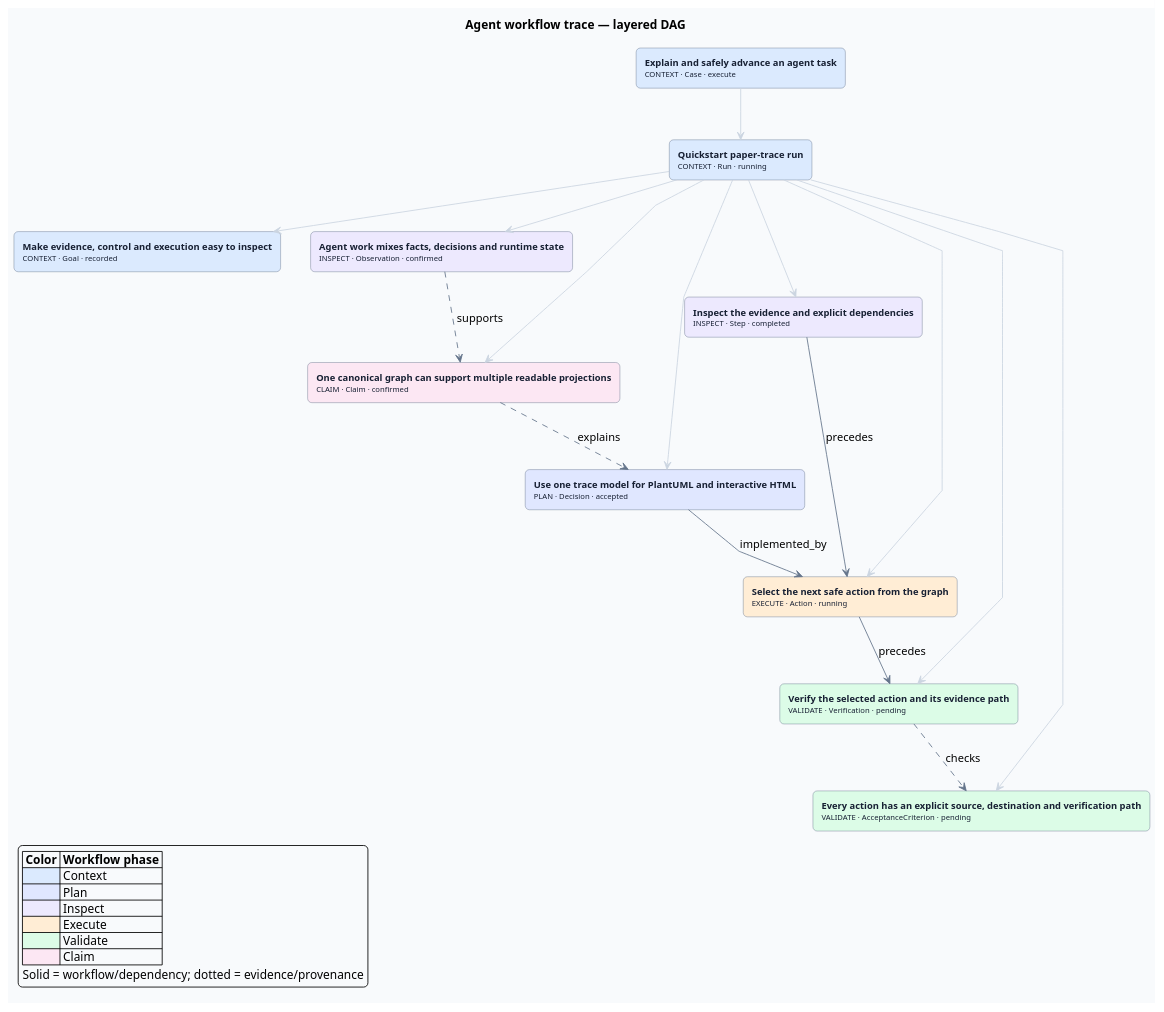
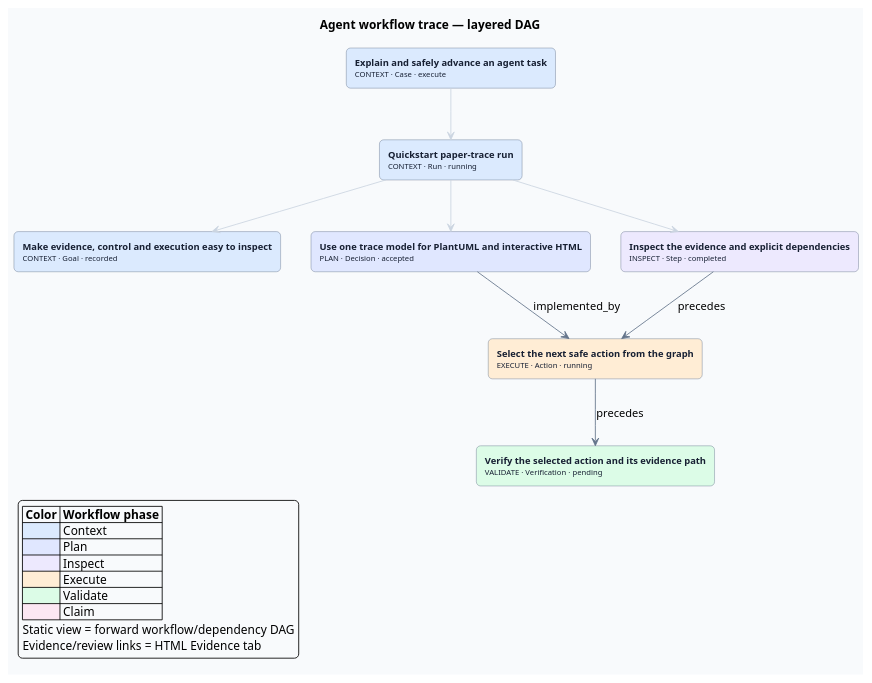
Before and after one commit to znbsf/agent-case-graph: the diagram in examples/paper-trace/quickstart.puml, drawn with PlantUML. The commit also changed 5 other files, not shown here.

Commit message:
Fix workflow DAG branch layout

```diff
--- a/examples/paper-trace/quickstart.puml
+++ b/examples/paper-trace/quickstart.puml
@@ -1,51 +1,41 @@
 @startuml
 ' Generated from the same paper-trace model as graph.html
 top to bottom direction
 skinparam backgroundColor #F8FAFC
 skinparam shadowing false
 skinparam roundCorner 10
 skinparam defaultFontName Arial
 skinparam ArrowColor #64748B
 skinparam ArrowThickness 1
 skinparam rectangleBorderColor #64748B
 skinparam rectangleFontColor #172033
 skinparam rectangleFontSize 11
 skinparam linetype polyline
 hide stereotype
 title Agent workflow trace — layered DAG
 rectangle "<b>Explain and safely advance an agent task</b>\n<size:9>CONTEXT · Case · execute</size>" as n0_case_DEMO_001 #dbeafe
 rectangle "<b>Quickstart paper-trace run</b>\n<size:9>CONTEXT · Run · running</size>" as n1_run_DEMO_001_001 #dbeafe
 rectangle "<b>Make evidence, control and execution easy to inspect</b>\n<size:9>CONTEXT · Goal · recorded</size>" as n2_goal_DEMO_001_clarity #dbeafe
-rectangle "<b>Agent work mixes facts, decisions and runtime state</b>\n<size:9>INSPECT · Observation · confirmed</size>" as n3_ervation_DEMO_001_separation #ede9fe
-rectangle "<b>One canonical graph can support multiple readable projections</b>\n<size:9>CLAIM · Claim · confirmed</size>" as n4_claim_DEMO_001_canonical #fce7f3
-rectangle "<b>Use one trace model for PlantUML and interactive HTML</b>\n<size:9>PLAN · Decision · accepted</size>" as n5_decision_DEMO_001_two_views #e0e7ff
-rectangle "<b>Inspect the evidence and explicit dependencies</b>\n<size:9>INSPECT · Step · completed</size>" as n6_step_DEMO_001_inspect #ede9fe
-rectangle "<b>Select the next safe action from the graph</b>\n<size:9>EXECUTE · Action · running</size>" as n7_action_DEMO_001_select #ffedd5
-rectangle "<b>Verify the selected action and its evidence path</b>\n<size:9>VALIDATE · Verification · pending</size>" as n8_verification_DEMO_001_review #dcfce7
-rectangle "<b>Every action has an explicit source, destination and verification path</b>\n<size:9>VALIDATE · AcceptanceCriterion · pending</size>" as n9_criterion_DEMO_001_traceable #dcfce7
+rectangle "<b>Use one trace model for PlantUML and interactive HTML</b>\n<size:9>PLAN · Decision · accepted</size>" as n3_decision_DEMO_001_two_views #e0e7ff
+rectangle "<b>Inspect the evidence and explicit dependencies</b>\n<size:9>INSPECT · Step · completed</size>" as n4_step_DEMO_001_inspect #ede9fe
+rectangle "<b>Select the next safe action from the graph</b>\n<size:9>EXECUTE · Action · running</size>" as n5_action_DEMO_001_select #ffedd5
+rectangle "<b>Verify the selected action and its evidence path</b>\n<size:9>VALIDATE · Verification · pending</size>" as n6_verification_DEMO_001_review #dcfce7
 n0_case_DEMO_001 -[#CBD5E1]-> n1_run_DEMO_001_001
 n1_run_DEMO_001_001 -[#CBD5E1]-> n2_goal_DEMO_001_clarity
-n1_run_DEMO_001_001 -[#CBD5E1]-> n3_ervation_DEMO_001_separation
-n1_run_DEMO_001_001 -[#CBD5E1]-> n4_claim_DEMO_001_canonical
-n1_run_DEMO_001_001 -[#CBD5E1]-> n5_decision_DEMO_001_two_views
-n1_run_DEMO_001_001 -[#CBD5E1]-> n6_step_DEMO_001_inspect
-n1_run_DEMO_001_001 -[#CBD5E1]-> n7_action_DEMO_001_select
-n1_run_DEMO_001_001 -[#CBD5E1]-> n8_verification_DEMO_001_review
-n1_run_DEMO_001_001 -[#CBD5E1]-> n9_criterion_DEMO_001_traceable
-n3_ervation_DEMO_001_separation ..> n4_claim_DEMO_001_canonical : supports
-n4_claim_DEMO_001_canonical ..> n5_decision_DEMO_001_two_views : explains
-n5_decision_DEMO_001_two_views --> n7_action_DEMO_001_select : implemented_by
-n6_step_DEMO_001_inspect --> n7_action_DEMO_001_select : precedes
-n7_action_DEMO_001_select --> n8_verification_DEMO_001_review : precedes
-n8_verification_DEMO_001_review ..> n9_criterion_DEMO_001_traceable : checks
+n1_run_DEMO_001_001 -[#CBD5E1]-> n3_decision_DEMO_001_two_views
+n1_run_DEMO_001_001 -[#CBD5E1]-> n4_step_DEMO_001_inspect
+n3_decision_DEMO_001_two_views --> n5_action_DEMO_001_select : implemented_by
+n4_step_DEMO_001_inspect --> n5_action_DEMO_001_select : precedes
+n5_action_DEMO_001_select --> n6_verification_DEMO_001_review : precedes
 legend left
   |= Color |= Workflow phase |
   |<#DBEAFE> | Context |
   |<#E0E7FF> | Plan |
   |<#EDE9FE> | Inspect |
   |<#FFEDD5> | Execute |
   |<#DCFCE7> | Validate |
   |<#FCE7F3> | Claim |
-  Solid = workflow/dependency; dotted = evidence/provenance
+  Static view = forward workflow/dependency DAG
+  Evidence/review links = HTML Evidence tab
 endlegend
 @enduml
```
